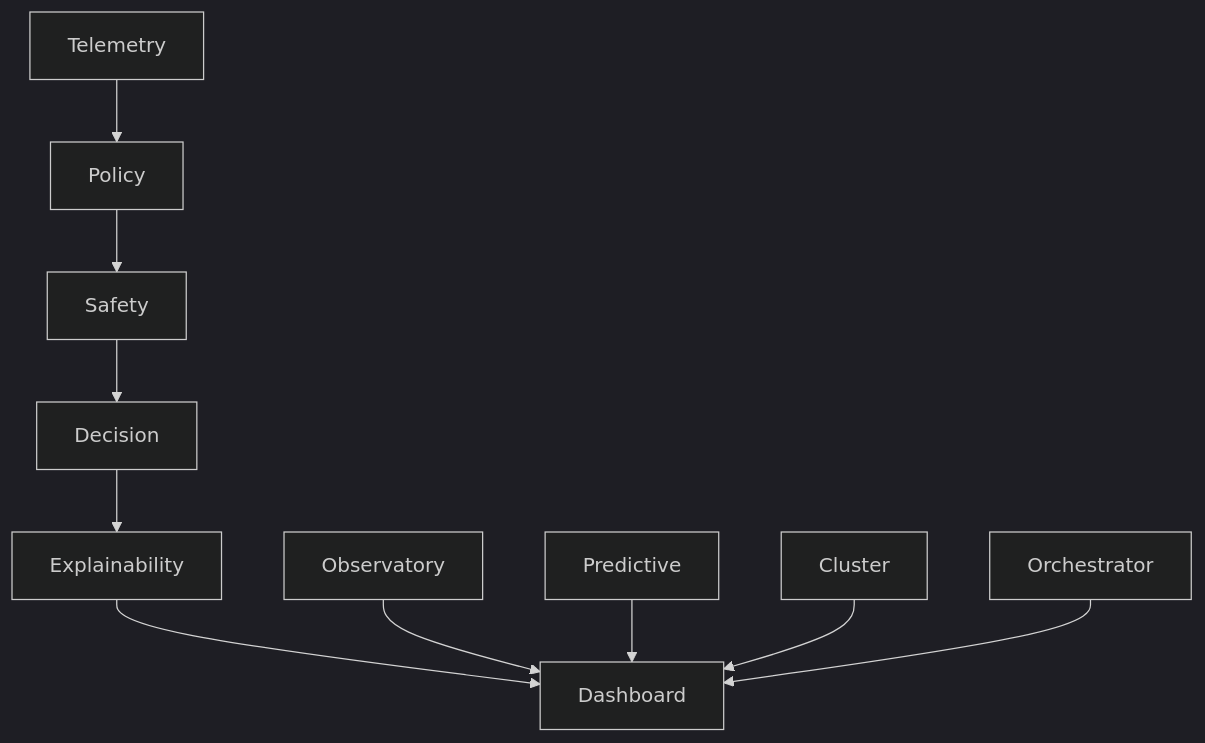
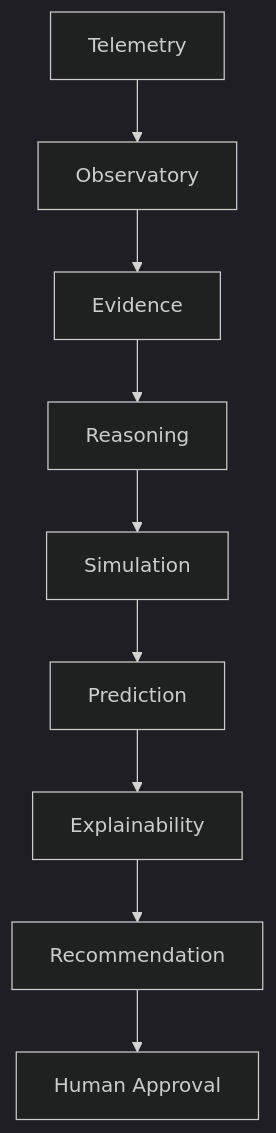
One commit to ShouryaVeggalam/AetherOS changed the first of 2 diagrams in README.md. Above: the diagram before and after it, drawn with Mermaid (dark theme). The commit also changed other lines of this file and 135 other files, not shown here.

Commit message:
docs: add CELESTRA founding charter

````diff
--- a/README.md
+++ b/README.md
@@ -64,12 +74,11 @@
 ```mermaid
 flowchart TD
-    T[Telemetry] --> P[Policy]
-    P --> S[Safety]
-    S --> D[Decision]
-    D --> E[Explainability]
-    E --> UI[Dashboard]
-    O[Observatory] --> UI
-    PR[Predictive] --> UI
-    C[Cluster] --> UI
-    OR[Orchestrator] --> UI
+    T[Telemetry] --> O[Observatory]
+    O --> Ev[Evidence]
+    Ev --> R[Reasoning]
+    R --> S[Simulation]
+    S --> P[Prediction]
+    P --> X[Explainability]
+    X --> Rec[Recommendation]
+    Rec --> H[Human Approval]
 ```
````
